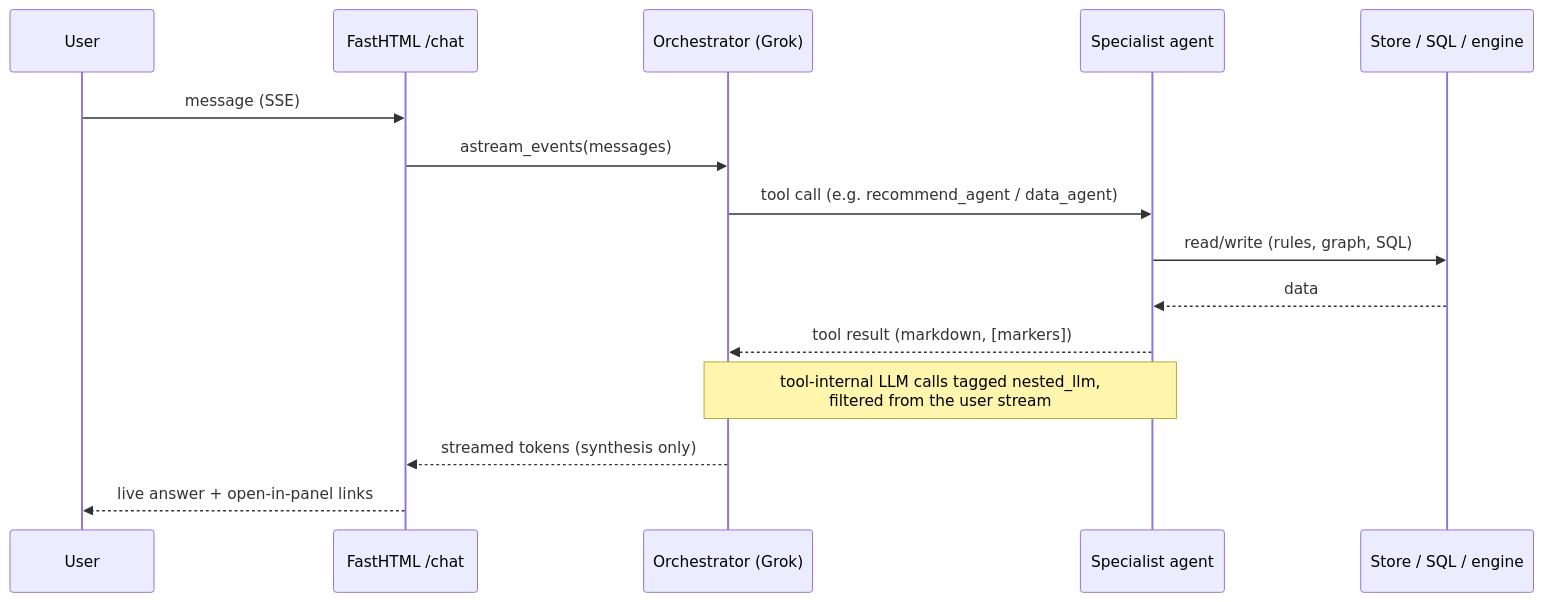
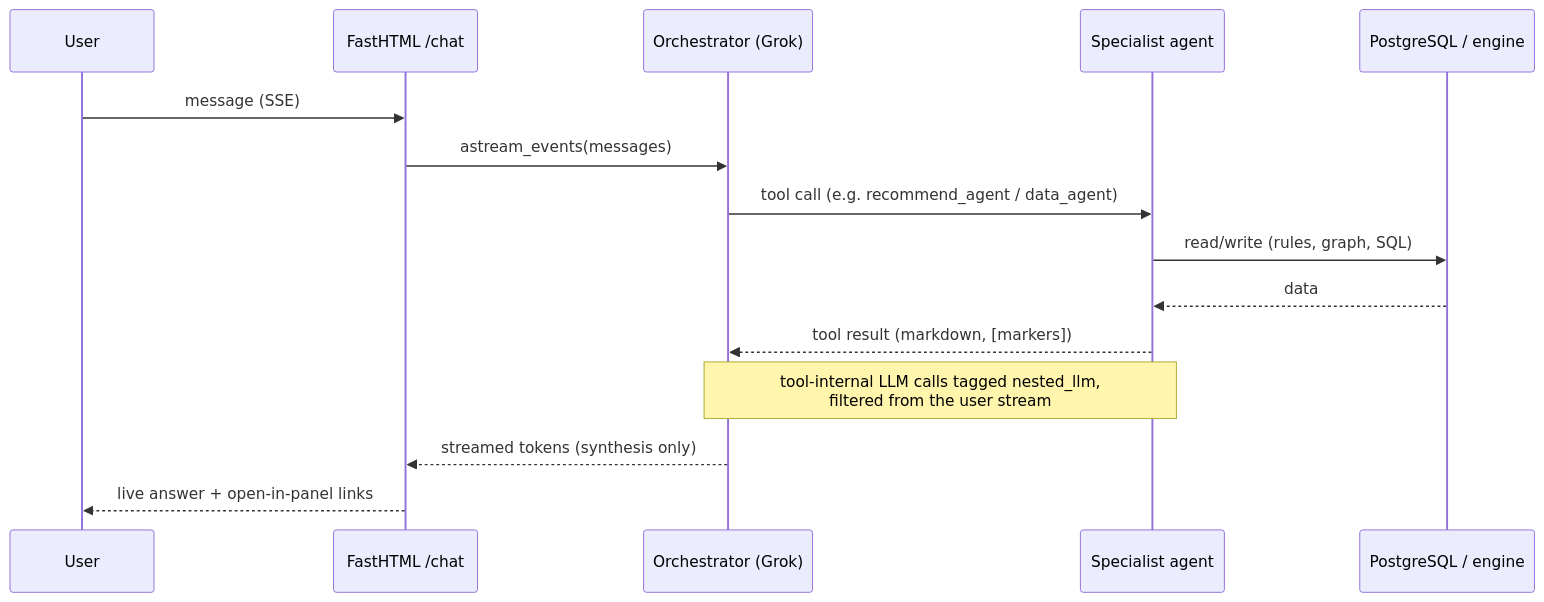
One commit to predictivelabsai/FastFund changed the seventh of 7 diagrams in docs/technical_architecture.md. Above: the diagram before and after it, drawn with Mermaid. The commit also changed other lines of this file and 10 other files, not shown here.

First line of the commit message:
Standardise architecture on Azure Blob Storage + PostgreSQL

````diff
--- a/docs/technical_architecture.md
+++ b/docs/technical_architecture.md
@@ -184,17 +189,17 @@
 ```mermaid
 sequenceDiagram
     participant U as User
     participant W as FastHTML /chat
     participant O as Orchestrator (Grok)
     participant T as Specialist agent
-    participant S as Store / SQL / engine
+    participant S as PostgreSQL / engine
     U->>W: message (SSE)
     W->>O: astream_events(messages)
     O->>T: tool call (e.g. recommend_agent / data_agent)
     T->>S: read/write (rules, graph, SQL)
     S-->>T: data
     T-->>O: tool result (markdown, [markers])
     Note over O,T: tool-internal LLM calls tagged nested_llm,<br/>filtered from the user stream
     O-->>W: streamed tokens (synthesis only)
     W-->>U: live answer + open-in-panel links
 ```
````
